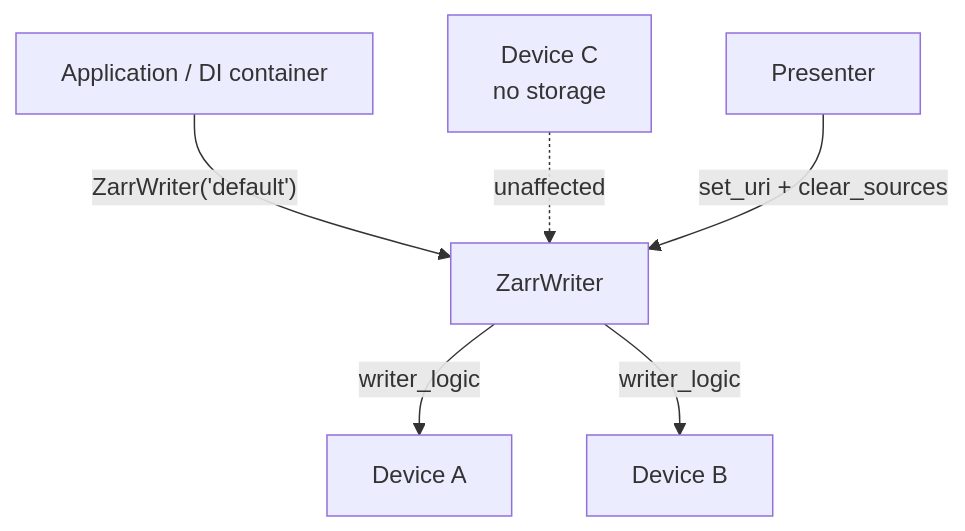
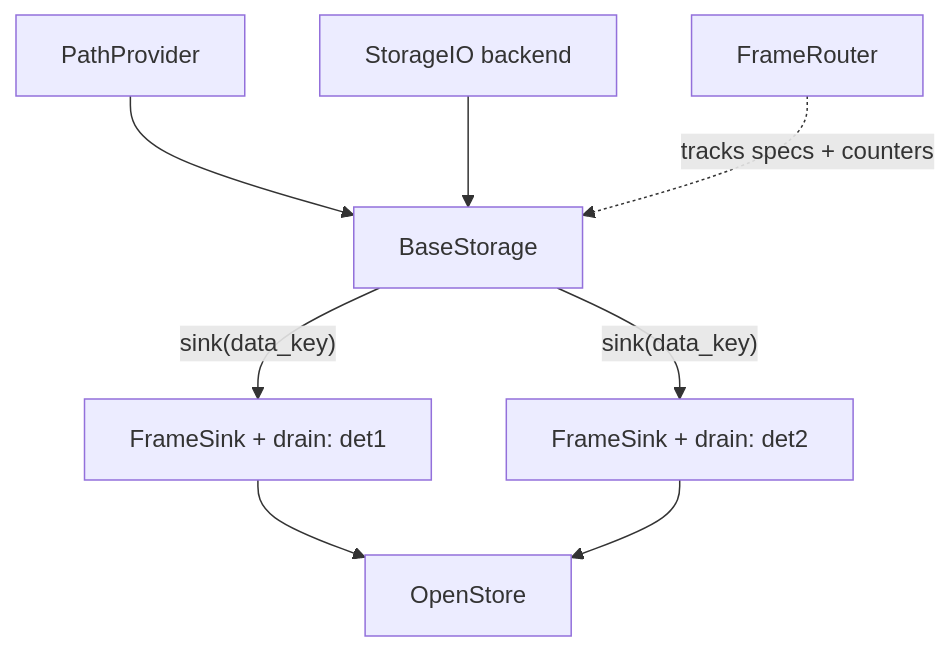
Before and after one commit to redsun-acquisition/redsun: the first of 2 diagrams in docs/explanation/storage.md, drawn with Mermaid. The commit also changed other lines of this file and 95 other files, not shown here.

````diff
--- a/docs/explanation/storage.md
+++ b/docs/explanation/storage.md
@@ -17,8 +16,10 @@
 ```mermaid
 graph TD
-    DI[Application / DI container] -->|"ZarrWriter('default')"| W[ZarrWriter]
-    W --> |writer_logic| DA[Device A]
-    W --> |writer_logic| DB[Device B]
-    DC[Device C\nno storage] -. unaffected .-> W
-    SP[Presenter] -->|set_uri + clear_sources| W
+    P[PathProvider] --> BS[BaseStorage]
+    IO[StorageIO backend] --> BS
+    BS -->|"sink(data_key)"| S1[FrameSink + drain: det1]
+    BS -->|"sink(data_key)"| S2[FrameSink + drain: det2]
+    S1 --> ST[OpenStore]
+    S2 --> ST
+    FR[FrameRouter] -.tracks specs + counters.-> BS
 ```
````
